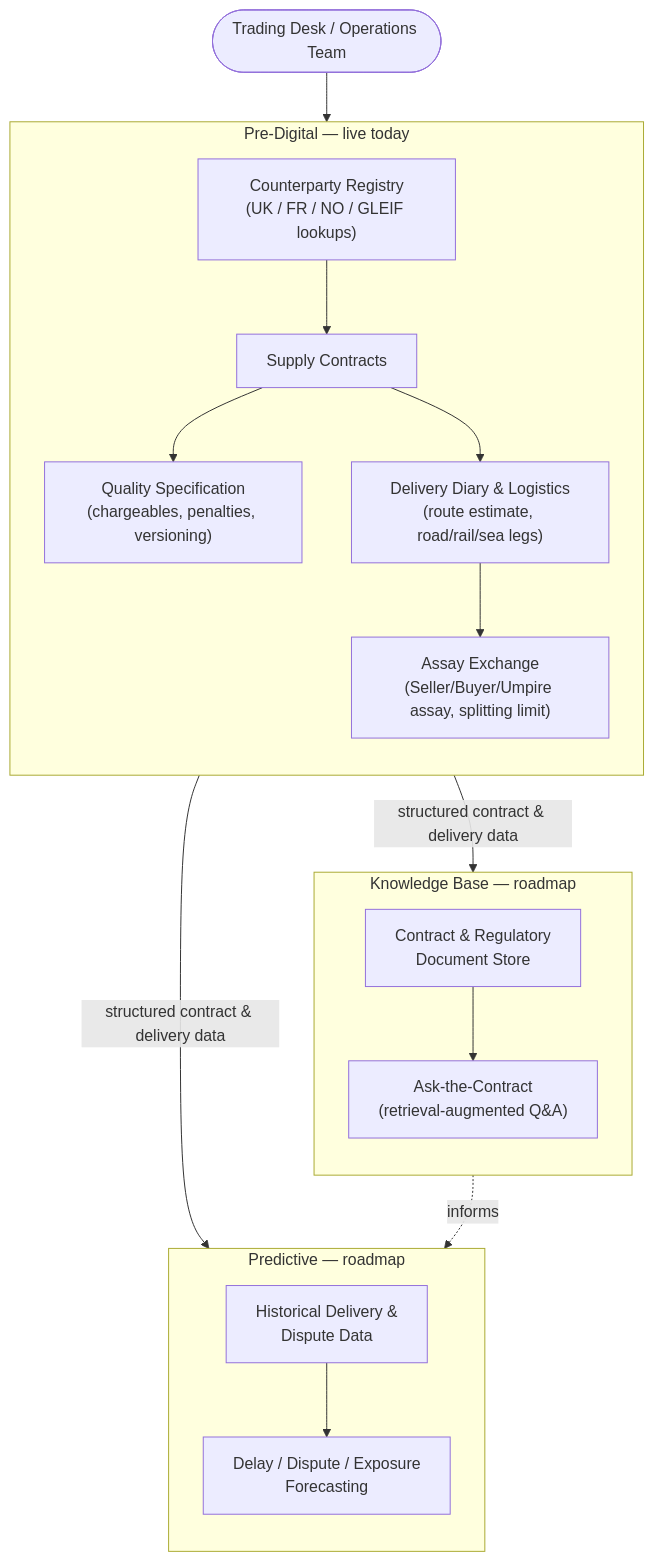
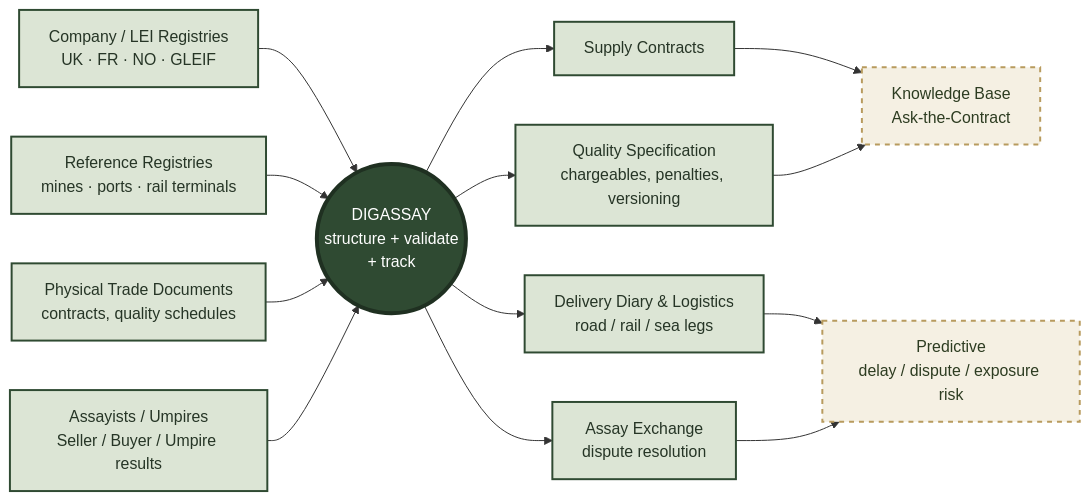
One commit to DIGASSAY/.github changed the diagram in profile/README.md. Above: the diagram before and after it, drawn with Mermaid. The commit also changed other lines of this file, not shown here.

Commit message:
Redo ecosystem diagram as a hub-and-spoke, matching Sportgramme's style
Replaces the subgraph-box layout with a flowchart LR hub (DIGASSAY at
centre) fed by registries/reference data/documents, fanning out to the
four live capabilities, with Knowledge Base and Predictive as dashed
roadmap nodes downstream - same visual language and classDef palette
as sportgramme/.github's profile README.

````diff
--- a/profile/README.md
+++ b/profile/README.md
@@ -15,34 +15,22 @@
 ```mermaid
-flowchart TB
-    User(["Trading Desk / Operations Team"])
+flowchart LR
+    R1["Company / LEI Registries<br/>UK · FR · NO · GLEIF"] --> D
+    R2["Reference Registries<br/>mines · ports · rail terminals"] --> D
+    R3["Physical Trade Documents<br/>contracts, quality schedules"] --> D
+    R4["Assayists / Umpires<br/>Seller / Buyer / Umpire results"] --> D
 
-    subgraph PD["Pre-Digital — live today"]
-        direction TB
-        REG["Counterparty Registry\n(UK / FR / NO / GLEIF lookups)"]
-        CON["Supply Contracts"]
-        QUA["Quality Specification\n(chargeables, penalties, versioning)"]
-        LOG["Delivery Diary & Logistics\n(route estimate, road/rail/sea legs)"]
-        ASY["Assay Exchange\n(Seller/Buyer/Umpire assay, splitting limit)"]
-        REG --> CON --> QUA
-        CON --> LOG --> ASY
-    end
+    D(("DIGASSAY<br/>structure + validate<br/>+ track")) --> P1["Supply Contracts"]
+    D --> P2["Quality Specification<br/>chargeables, penalties, versioning"]
+    D --> P3["Delivery Diary &amp; Logistics<br/>road / rail / sea legs"]
+    D --> P4["Assay Exchange<br/>dispute resolution"]
 
-    subgraph KB["Knowledge Base — roadmap"]
-        direction TB
-        DOC["Contract & Regulatory\nDocument Store"]
-        RAG["Ask-the-Contract\n(retrieval-augmented Q&A)"]
-        DOC --> RAG
-    end
+    P1 --> KB["Knowledge Base<br/>Ask-the-Contract"]
+    P2 --> KB
+    P3 --> PR["Predictive<br/>delay / dispute / exposure risk"]
+    P4 --> PR
 
-    subgraph PR["Predictive — roadmap"]
-        direction TB
-        HIST["Historical Delivery &\nDispute Data"]
-        MODEL["Delay / Dispute / Exposure\nForecasting"]
-        HIST --> MODEL
-    end
-
-    User --> PD
-    PD -- "structured contract & delivery data" --> KB
-    PD -- "structured contract & delivery data" --> PR
-    KB -. "informs" .-> PR
+    classDef n fill:#DCE5D5,stroke:#2F4A32,color:#263526,stroke-width:2px;
+    classDef c fill:#2F4A32,stroke:#1F3021,color:#FFFFFF,stroke-width:4px;
+    classDef roadmap fill:#F5F0E3,stroke:#B89B5E,color:#2D3C21,stroke-width:2px,stroke-dasharray:5 5;
+    class R1,R2,R3,R4,P1,P2,P3,P4 n; class D c; class KB,PR roadmap;
 ```
````
